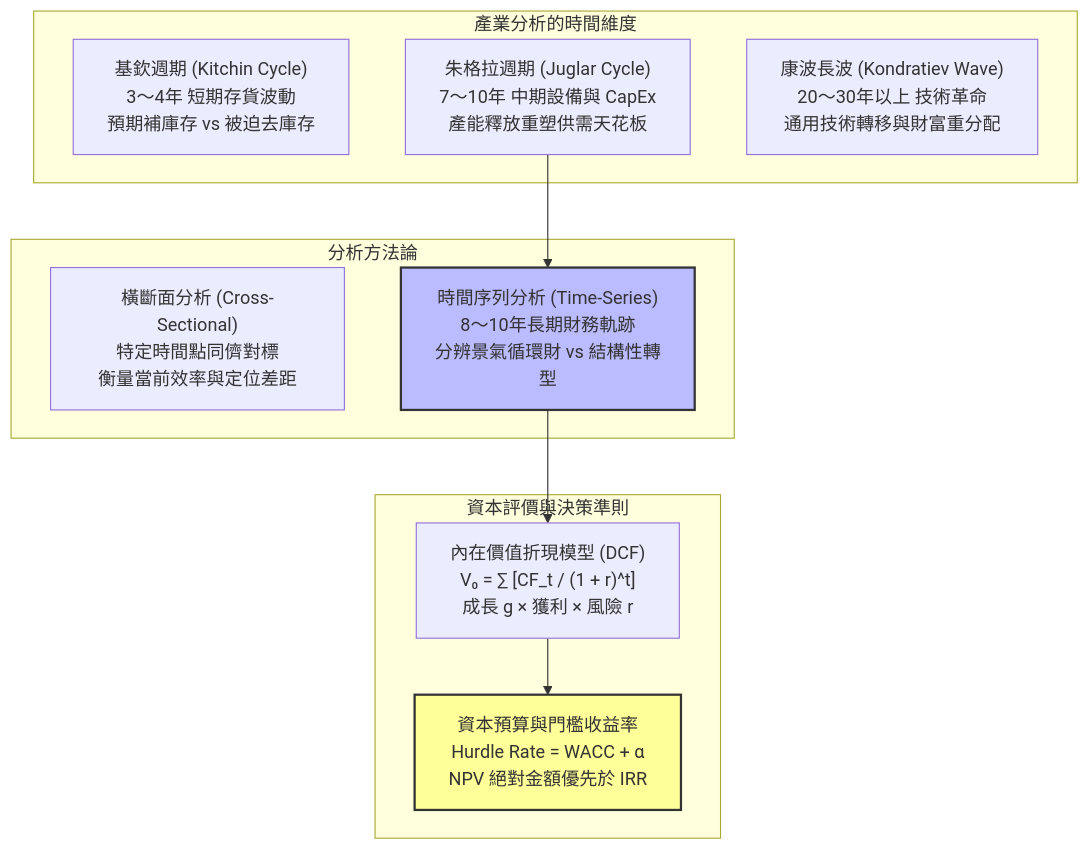
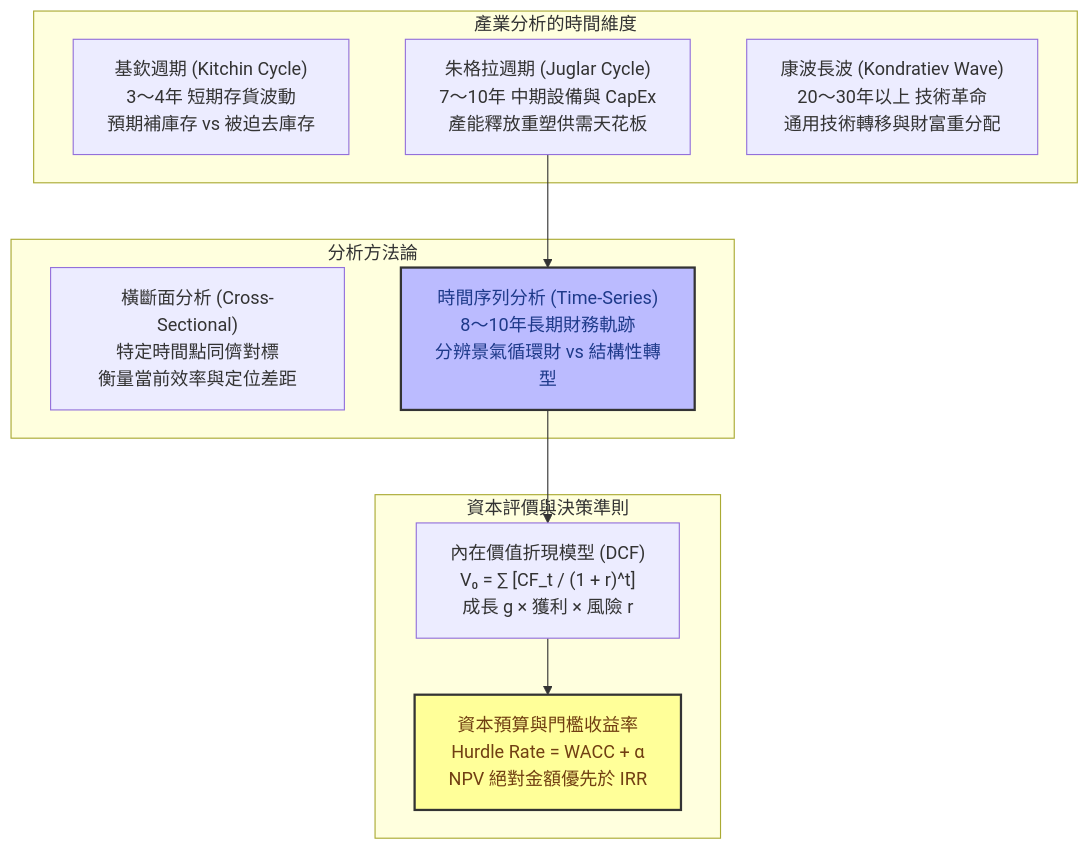
The first of 3 diagrams in src/site/notes/04_主題選修/12_產業分析與投資策略/02_模組筆記/Module_1_總論與架構/M1-2_三大景氣循環與資本評價邏輯.md (Jimlin0428/my-digital-garden), drawn with Mermaid before and after one commit. The commit also changed other lines of this file and 99 other files, not shown here.

````diff
--- a/src/site/notes/04_主題選修/12_產業分析與投資策略/02_模組筆記/Module_1_總論與架構/M1-2_三大景氣循環與資本評價邏輯.md
+++ b/src/site/notes/04_主題選修/12_產業分析與投資策略/02_模組筆記/Module_1_總論與架構/M1-2_三大景氣循環與資本評價邏輯.md
@@ -15,25 +15,25 @@
 ```mermaid
 graph TD
     subgraph 產業分析的時間維度
         Kitchin["基欽週期 (Kitchin Cycle)<br/>3～4年 短期存貨波動<br/>預期補庫存 vs 被迫去庫存"]
         Juglar["朱格拉週期 (Juglar Cycle)<br/>7～10年 中期設備與 CapEx<br/>產能釋放重塑供需天花板"]
         Kondratiev["康波長波 (Kondratiev Wave)<br/>20～30年以上 技術革命<br/>通用技術轉移與財富重分配"]
     end
 
     subgraph 分析方法論
         CS["橫斷面分析 (Cross-Sectional)<br/>特定時間點同儕對標<br/>衡量當前效率與定位差距"]
         TS["時間序列分析 (Time-Series)<br/>8～10年長期財務軌跡<br/>分辨景氣循環財 vs 結構性轉型"]
     end
 
     subgraph 資本評價與決策準則
         DCF["內在價值折現模型 (DCF)<br/>V₀ = ∑ [CF_t / (1 + r)^t]<br/>成長 g × 獲利 × 風險 r"]
         Hurdle["資本預算與門檻收益率<br/>Hurdle Rate = WACC + α<br/>NPV 絕對金額優先於 IRR"]
     end
 
     Juglar --> TS
     TS --> DCF
     DCF --> Hurdle
     
-    style Hurdle fill:#ff9,stroke:#333,stroke-width:2px
-    style TS fill:#bbf,stroke:#333,stroke-width:2px
+    style Hurdle fill:#ff9,stroke:#333,stroke-width:2px,color:#713f12
+    style TS fill:#bbf,stroke:#333,stroke-width:2px,color:#1e3a8a
 ```
````
